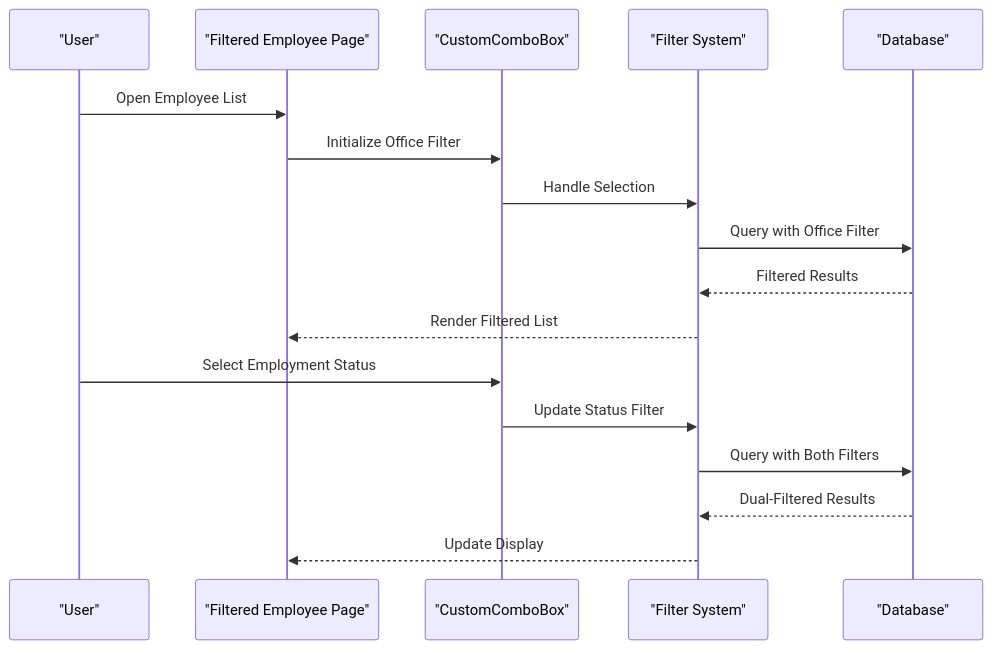
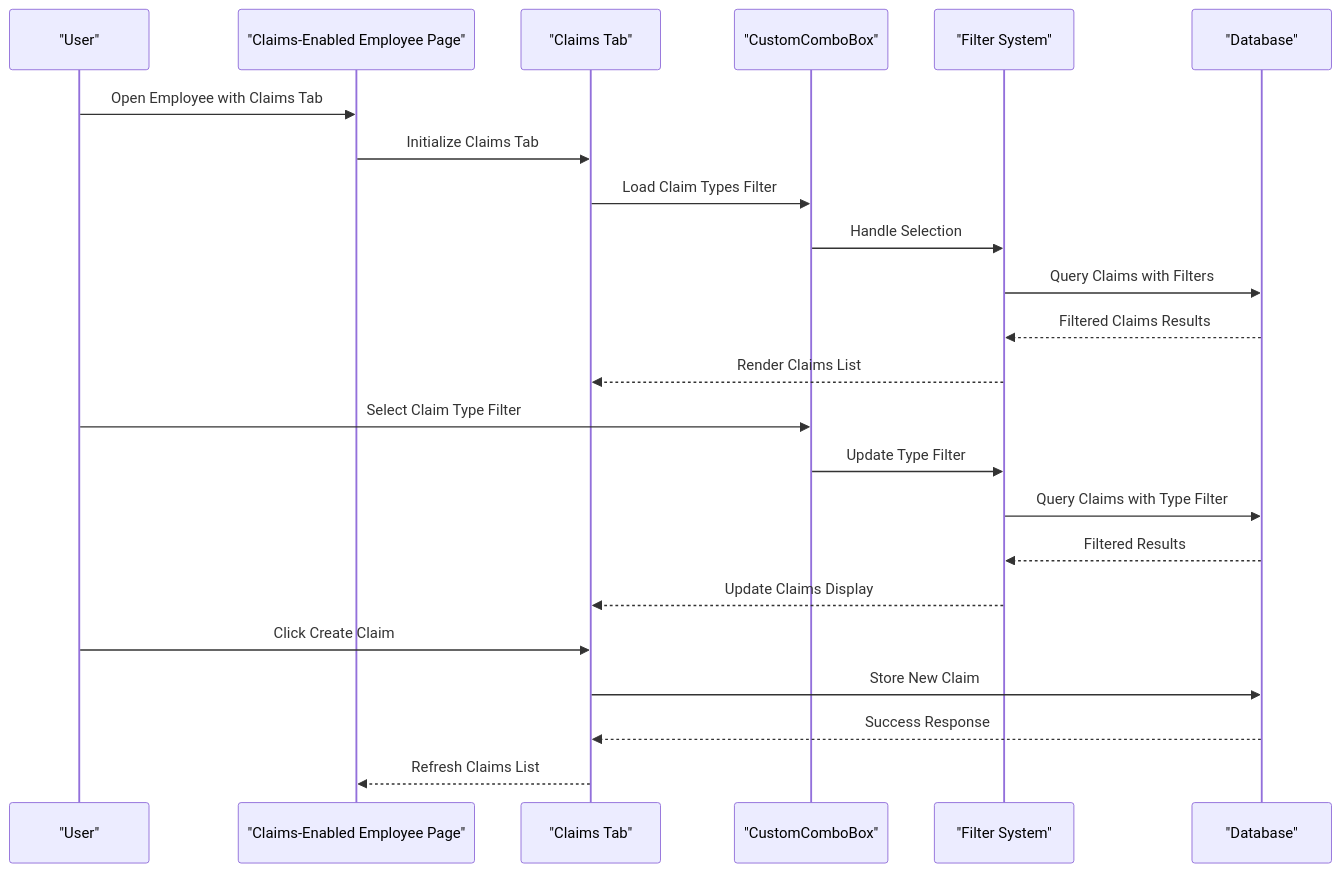
Before and after one commit to vincet0t15/template: the second of 9 diagrams in .qoder/repowiki/en/content/Employee Management/Employee Management.md, drawn with Mermaid. The commit also changed other lines of this file and 5 other files, not shown here.

````diff
--- a/.qoder/repowiki/en/content/Employee Management/Employee Management.md
+++ b/.qoder/repowiki/en/content/Employee Management/Employee Management.md
@@ -193,19 +237,25 @@
 ```mermaid
 sequenceDiagram
 participant U as "User"
-participant FE as "Filtered Employee Page"
+participant FE as "Claims-Enabled Employee Page"
+participant CT as "Claims Tab"
 participant CB as "CustomComboBox"
 participant FS as "Filter System"
 participant DB as "Database"
-U->>FE : Open Employee List
-FE->>CB : Initialize Office Filter
+U->>FE : Open Employee with Claims Tab
+FE->>CT : Initialize Claims Tab
+CT->>CB : Load Claim Types Filter
 CB->>FS : Handle Selection
-FS->>DB : Query with Office Filter
+FS->>DB : Query Claims with Filters
+DB-->>FS : Filtered Claims Results
+FS-->>CT : Render Claims List
+U->>CB : Select Claim Type Filter
+CB->>FS : Update Type Filter
+FS->>DB : Query Claims with Type Filter
 DB-->>FS : Filtered Results
-FS-->>FE : Render Filtered List
-U->>CB : Select Employment Status
-CB->>FS : Update Status Filter
-FS->>DB : Query with Both Filters
-DB-->>FS : Dual-Filtered Results
-FS-->>FE : Update Display
+FS-->>CT : Update Claims Display
+U->>CT : Click Create Claim
+CT->>DB : Store New Claim
+DB-->>CT : Success Response
+CT-->>FE : Refresh Claims List
 ```
````
